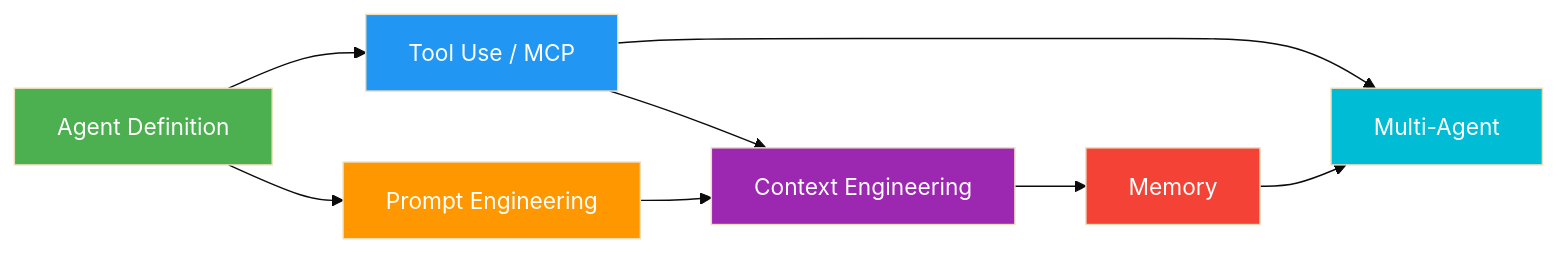
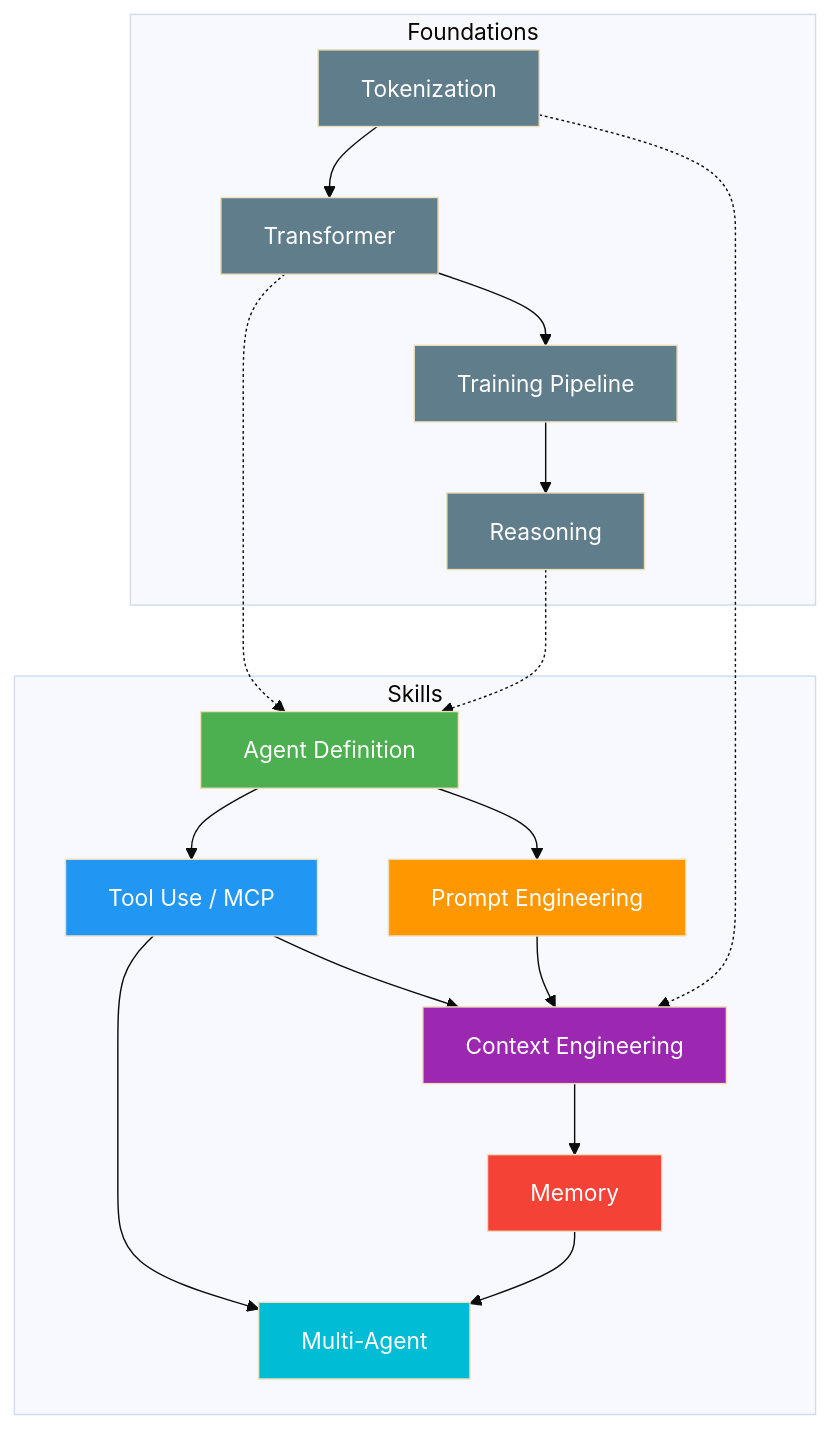
One commit to later-3/muse changed the diagram in user/reference/wiki/_index.md. Above: the diagram before and after it, drawn with Mermaid (base theme). The commit also changed other lines of this file and 5 other files, not shown here.

````diff
--- a/user/reference/wiki/_index.md
+++ b/user/reference/wiki/_index.md
@@ -54,17 +56,33 @@
 ```mermaid
-graph LR
-    AD["Agent Definition"] --> TU["Tool Use / MCP"]
-    AD --> PE["Prompt Engineering"]
-    TU --> CE["Context Engineering"]
-    PE --> CE
-    CE --> MM["Memory"]
-    TU --> MA["Multi-Agent"]
-    MM --> MA
+graph TB
+    subgraph Foundations
+        TK["Tokenization"] --> TF["Transformer"]
+        TF --> TP["Training Pipeline"]
+        TP --> RS["Reasoning"]
+    end
     
+    subgraph Skills
+        AD["Agent Definition"] --> TU["Tool Use / MCP"]
+        AD --> PE["Prompt Engineering"]
+        TU --> CE["Context Engineering"]
+        PE --> CE
+        CE --> MM["Memory"]
+        TU --> MA["Multi-Agent"]
+        MM --> MA
+    end
+    
+    TF -.-> AD
+    RS -.-> AD
+    TK -.-> CE
+    
+    style TK fill:#607D8B,color:#fff
+    style TF fill:#607D8B,color:#fff
+    style TP fill:#607D8B,color:#fff
+    style RS fill:#607D8B,color:#fff
     style AD fill:#4CAF50,color:#fff
     style TU fill:#2196F3,color:#fff
     style PE fill:#FF9800,color:#fff
     style CE fill:#9C27B0,color:#fff
     style MM fill:#F44336,color:#fff
     style MA fill:#00BCD4,color:#fff
 ```
````
